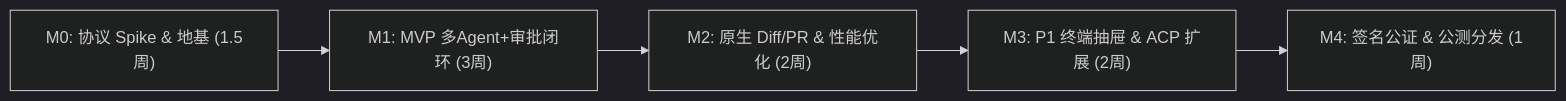
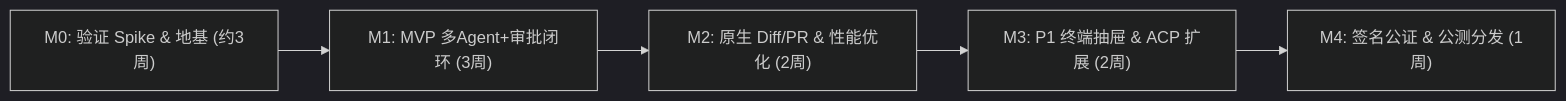
Before and after one commit to julytang/Shepherd: the second of 2 diagrams in docs/04-roadmap-and-engineering.md, drawn with Mermaid (dark theme). The commit also changed other lines of this file and 5 other files, not shown here.

````diff
--- a/docs/04-roadmap-and-engineering.md
+++ b/docs/04-roadmap-and-engineering.md
@@ -218,7 +226,7 @@
 ```mermaid
 flowchart LR
-    M0["M0: 协议 Spike & 地基 (1.5周)"] --> M1["M1: MVP 多Agent+审批闭环 (3周)"]
+    M0["M0: 验证 Spike & 地基 (约3周)"] --> M1["M1: MVP 多Agent+审批闭环 (3周)"]
     M1 --> M2["M2: 原生 Diff/PR & 性能优化 (2周)"]
     M2 --> M3["M3: P1 终端抽屉 & ACP 扩展 (2周)"]
     M3 --> M4["M4: 签名公证 & 公测分发 (1周)"]
 ```
````
